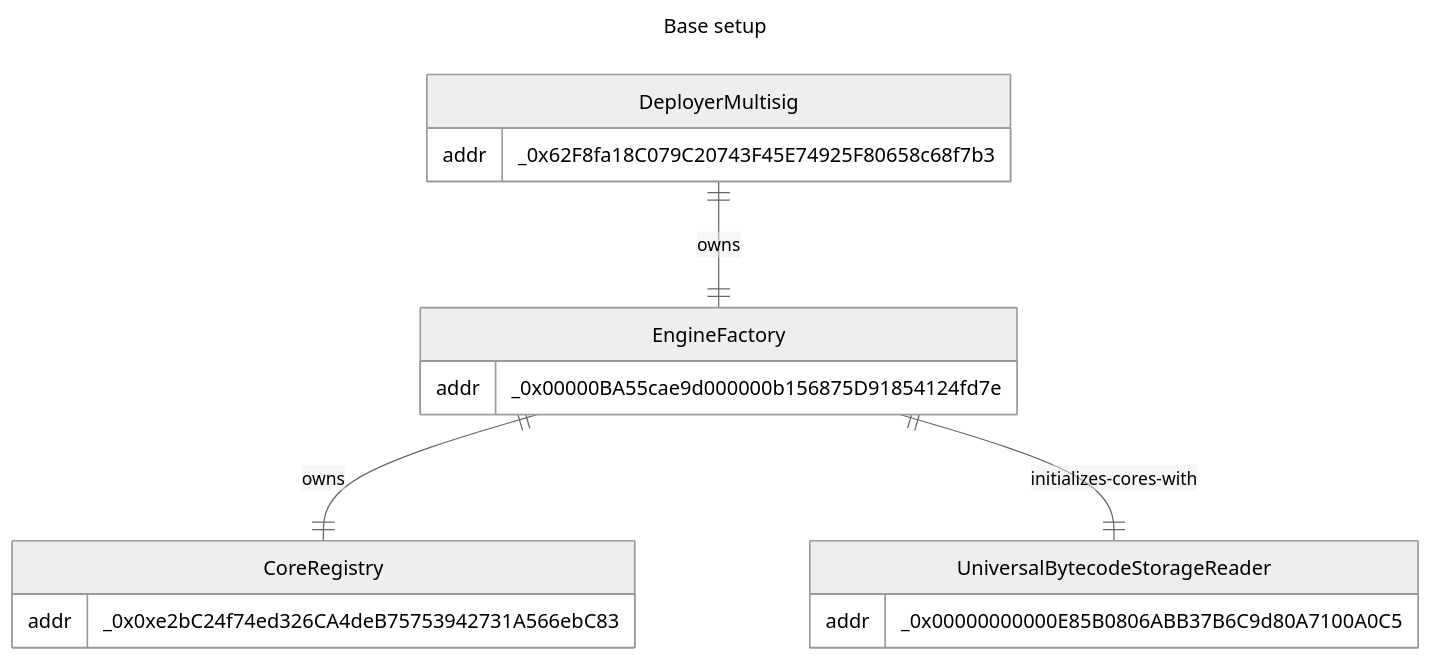
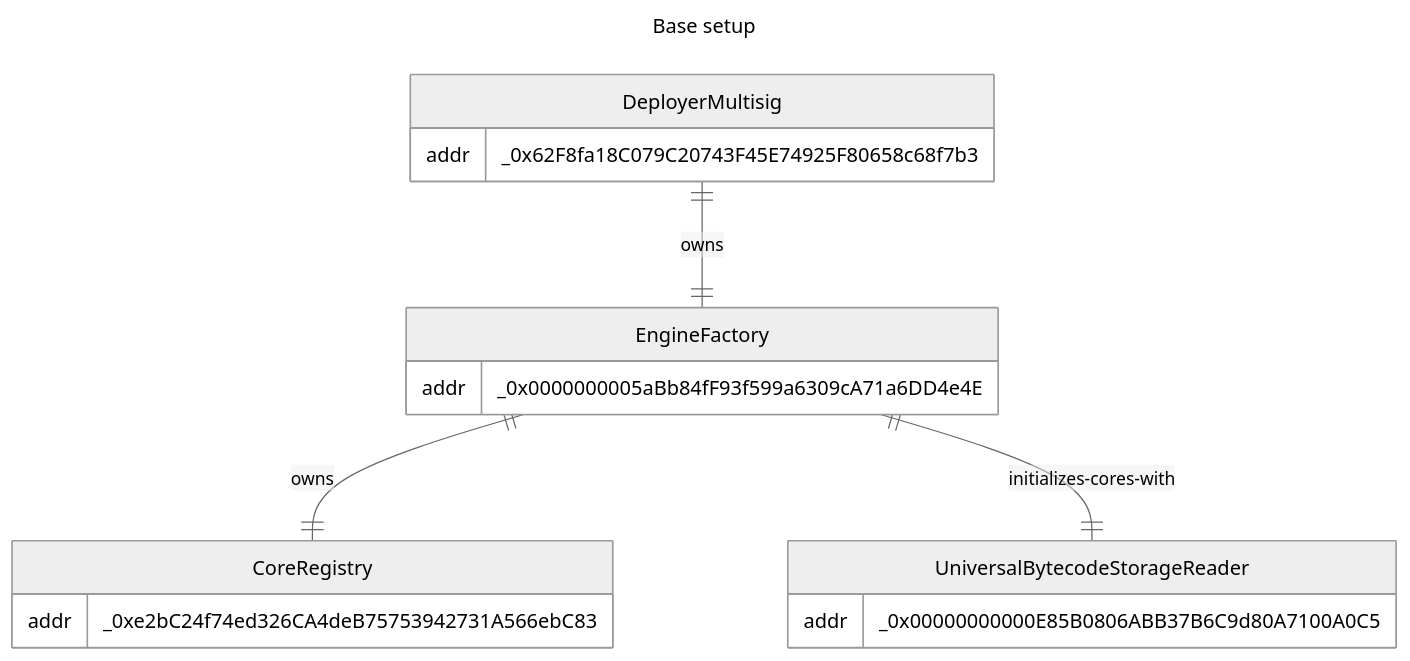
The third of 5 diagrams in packages/contracts/INFRASTRUCTURE.md (ArtBlocks/artblocks-contracts), drawn with Mermaid (neutral theme) before and after one commit. The commit also changed other lines of this file and 11 other files, not shown here.

````diff
--- a/packages/contracts/INFRASTRUCTURE.md
+++ b/packages/contracts/INFRASTRUCTURE.md
@@ -78,21 +78,21 @@
 ```mermaid
 ---
 title: Base setup
 ---
 erDiagram
     DeployerMultisig ||--|| EngineFactory : owns
     EngineFactory ||--|| CoreRegistry : owns
     EngineFactory ||--|| UniversalBytecodeStorageReader : initializes-cores-with
     DeployerMultisig {
         addr _0x62F8fa18C079C20743F45E74925F80658c68f7b3
     }
     EngineFactory {
-        addr _0x00000BA55cae9d000000b156875D91854124fd7e
+        addr _0x0000000005aBb84fF93f599a6309cA71a6DD4e4E
     }
     CoreRegistry {
-        addr _0x0xe2bC24f74ed326CA4deB75753942731A566ebC83
+        addr _0xe2bC24f74ed326CA4deB75753942731A566ebC83
     }
     UniversalBytecodeStorageReader {
         addr _0x00000000000E85B0806ABB37B6C9d80A7100A0C5
     }
 ```
````
